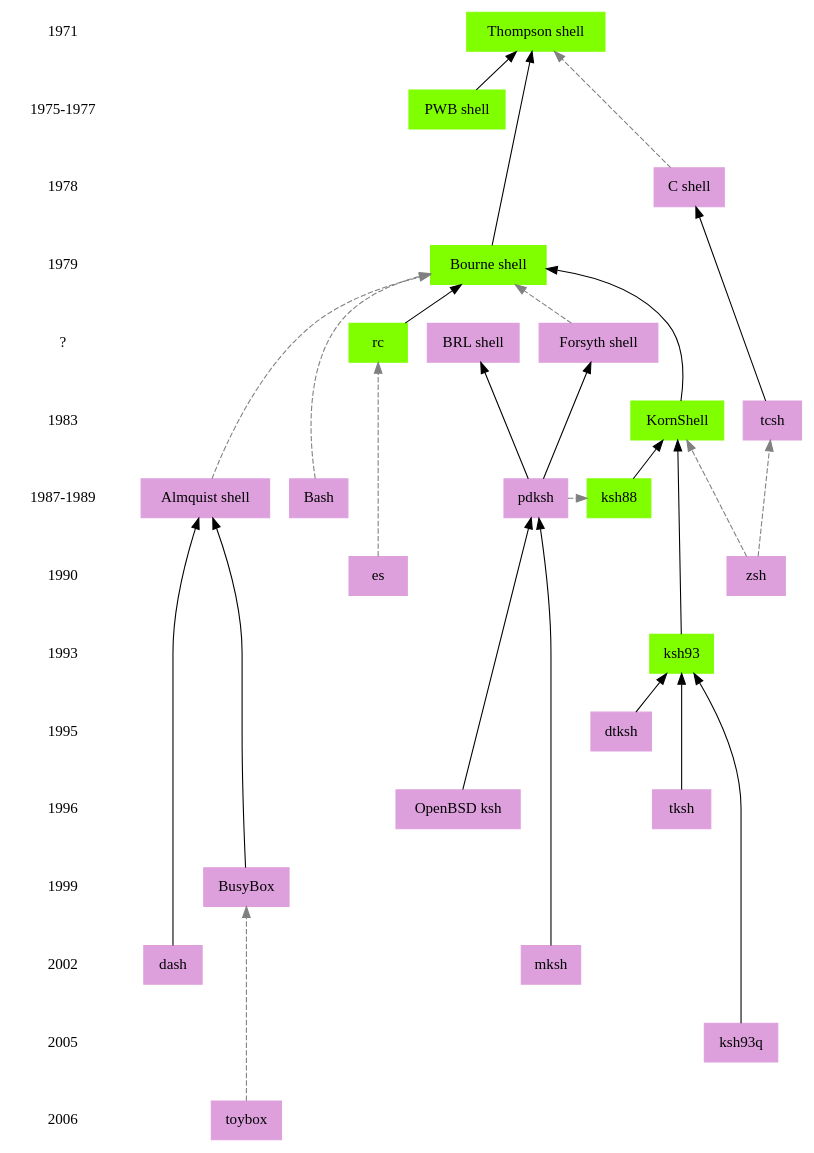
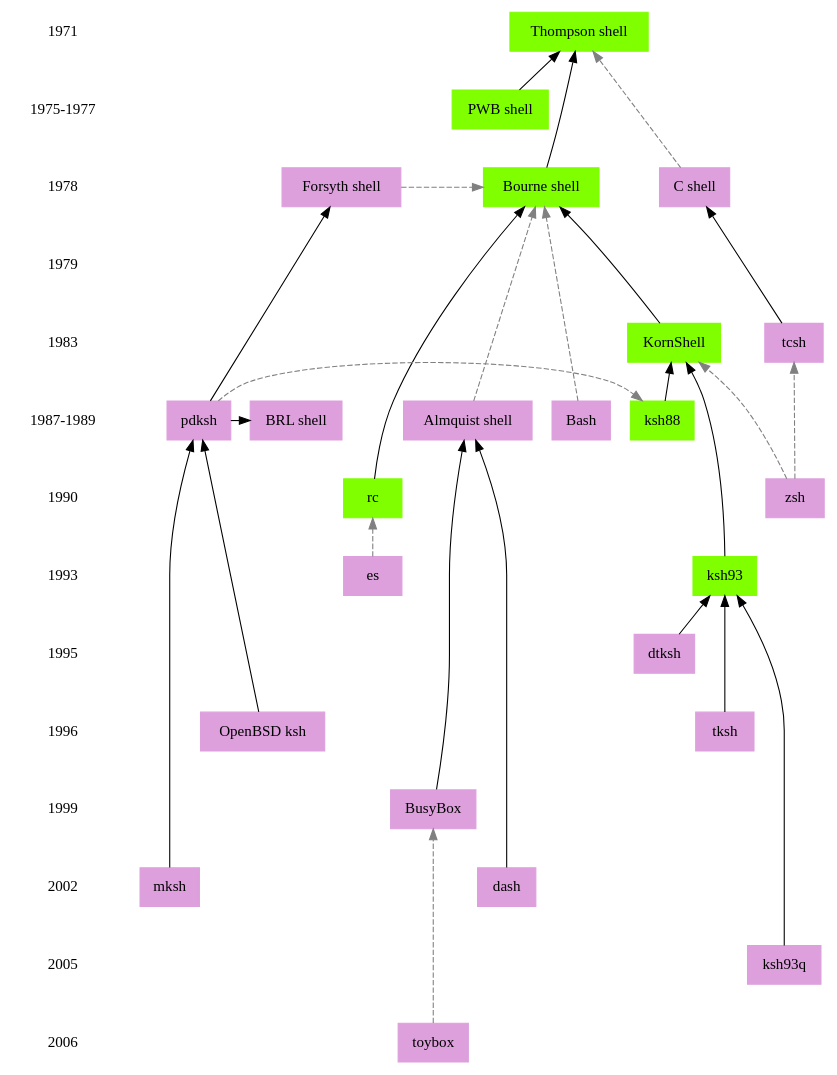
The diagram in shellancestry.gv (marcpaq/shellancestry), drawn with Graphviz before and after one commit. The commit also changed 2 other files, not shown here.

Commit message:
Citations and authors. New info from Charles Forsyth.

```diff
--- a/shellancestry.gv
+++ b/shellancestry.gv
@@ -1,138 +1,115 @@
 digraph shells {
 
 {
         edge [ style = invis; ]
         node [ shape = plaintext; ]
-        1971 -> "1975-1977" -> 1978 -> 1979 -> "?" -> 1983 -> "1987-1989" -> 1990 -> 1993 -> 1995 -> 1996 ->1999 -> 2002 -> 2005 -> 2006;
+        1971 -> "1975-1977" -> 1978 -> 1979 -> 1983 -> "1987-1989" -> 1990 -> 1993 -> 1995 -> 1996 ->1999 -> 2002 -> 2005 -> 2006;
 }
 
 edge [ style = solid; ]
 node [ shape = box; ]
 
 /*
 
 Proprietary licenses
 
 */
 node [ style=filled, color=chartreuse ];
 
-/* https://en.wikipedia.org/wiki/Thompson_shell */
 { rank = same; 1971; "Thompson shell"; }
 
-/* https://en.wikipedia.org/wiki/PWB_shell */
-/* https://grosskurth.ca/bib/1976/mashey-command.pdf */
-/* https://groups.google.com/forum/#!original/net.unix-wizards/k1FW4s0X7jw/4GNAGTPHLXQJ */
 { rank = same; "1975-1977"; "PWB shell"; }
 
-/* https://en.wikipedia.org/wiki/Bourne_shell */
-{ rank = same; 1979; "Bourne shell"; }
+{ rank = same; 1978; "Bourne shell"; }
 
-/* https://en.wikipedia.org/wiki/Plan_9_from_Bell_Labs */
-{ rank = same; "?" ; rc; }
+{ rank = same; "1990" ; rc; }
 
-/* https://en.wikipedia.org/wiki/KornShell */
 { rank = same; 1983; "KornShell"; }
+
 { rank = same; "1987-1989"; "ksh88"; }
 
-/* https://en.wikipedia.org/wiki/KornShell */
 { rank = same; 1993; "ksh93"; }
 
 /*
 
 Open, free, public licenses
 
 */
 node [ style=filled, color=plum ];
 
-/* https://en.wikipedia.org/wiki/C_shell */
 { rank = same; 1978; "C shell"; }
 
-/* https://web.archive.org/web/20040216045828/web.cs.mun.ca/~michael/pdksh/ */
-{ rank = same; "?"; "Forsyth shell"; "BRL shell"; }
+{ rank = same; "1987-1989"; "BRL shell"; }
 
-/* https://groups.google.com/forum/?hl=en#!msg/net.sources/BC0V7oosT8k/MKNdzEG_c3AJ */
+{ rank = same; 1978; "Forsyth shell"; }
+
 { rank = same; 1983; tcsh; }
 
-/* https://en.wikipedia.org/wiki/Almquist_shell */
 { rank = same; "1987-1989"; "Almquist shell"; }
 
-/* https://en.wikipedia.org/wiki/KornShell */
 { rank = same; 2005; "ksh93q"; }
 
 { rank = same; 2002; dash; }
 
-/* https://web.archive.org/web/20040216045828/web.cs.mun.ca/~michael/pdksh/ */
-/* https://web.archive.org/web/20040227010520/http://web.cs.mun.ca:80/~michael/pdksh/CONTRIBUTORS */
 { rank = same; "1987-1989"; pdksh; }
 
-/* https://en.wikipedia.org/wiki/Bash_(Unix_shell) */
 { rank = same; "1987-1989"; Bash; }
 
-/* https://stuff.mit.edu/afs/sipb/user/yandros/doc/es-usenix-winter93.html */
-{ rank = same; 1990; es; }
+{ rank = same; 1993; es; }
 
-/* https://groups.google.com/forum/#!msg/alt.sources/tVgN49u8Ax4/7VgQlHZ4bJMJ */
-/* http://zsh.sourceforge.net/FAQ/zshfaq01.html#l1 */
 { rank = same; 1990; zsh; }
 
-/* https://books.google.ca/books?id=O6xQAAAAMAAJ&q=Desktop+Korn+Shell+Graphical+Programming+For+the+Common+Desktop+Environment+Version+1.0&dq=Desktop+Korn+Shell+Graphical+Programming+For+the+Common+Desktop+Environment+Version+1.0&hl=en&sa=X&ved=0ahUKEwjjg9Tp0MXeAhXK34MKHeoZB74Q6AEIKTAA */
 { rank = same; 1995; dtksh; }
 
-/* https://www.usenix.org/legacy/publications/library/proceedings/tcl96/full_papers/korn/index.html */
 { rank = same; 1996; tksh; }
 
-/* https://en.wikipedia.org/wiki/BusyBox */
 { rank = same; 1999; BusyBox; }
 
-/* https://en.wikipedia.org/wiki/MirOS_BSD */
 { rank = same; 2002; mksh; }
 
-/* https://en.wikipedia.org/wiki/toybox */
-/* http://www.landley.net/toybox */
 { rank = same; 2006; toybox; }
 
-/* http://man.openbsd.org/ksh */
 { rank = same; 1996; "OpenBSD ksh"; }
 
 /*
 
 Uses source code from
 
 */
 edge [ style = solid; color = black; ];
 
 "Bourne shell" -> "Thompson shell";
 "BusyBox" -> "Almquist shell";
 "KornShell" -> "Bourne shell";
 "OpenBSD ksh" -> "pdksh";
 "PWB shell" -> "Thompson shell";
 "dash" -> "Almquist shell";
 "dtksh" -> "ksh93";
 "ksh88" -> "KornShell";
 "ksh93" -> "KornShell";
 "ksh93q" -> "ksh93";
 "mksh" -> "pdksh";
 "pdksh" -> "BRL shell";
 "pdksh" -> "Forsyth shell";
 "rc" -> "Bourne shell";
 "tcsh" -> "C shell";
 "tksh" -> "ksh93";
 
 /*
 
 Influenced by/clean reimplementation of
 
 */
 edge [ style = dashed; color = grey; ];
 
 "pdksh" -> ksh88;
 "zsh" -> KornShell;
 "zsh" -> tcsh;
 "Forsyth shell" -> "Bourne shell" ;
 "Bash" -> "Bourne shell";
 "Almquist shell" -> "Bourne shell";
 "C shell" -> "Thompson shell";
 "es" -> "rc";
 "toybox" -> BusyBox;
 
 }
```
